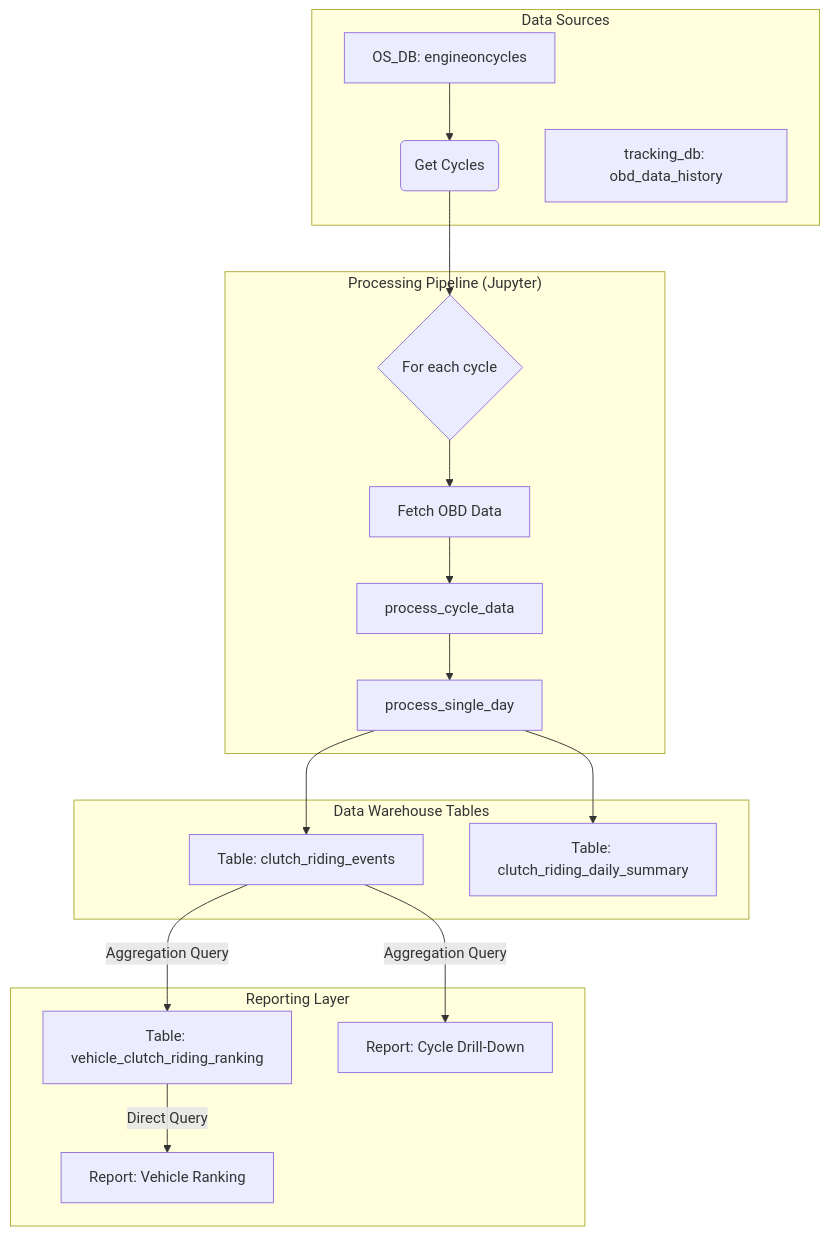
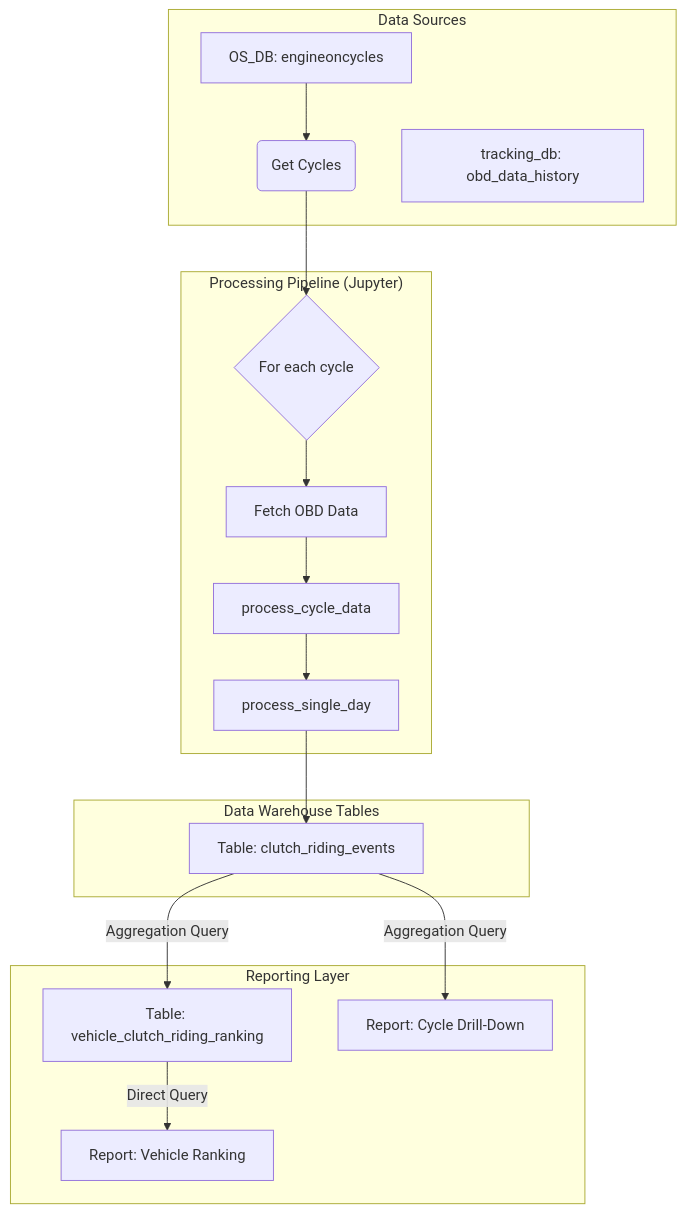
One commit to walterbrown17/clutch_riding changed the first of 2 diagrams in SIMPLE_PRD.md. Above: the diagram before and after it, drawn with Mermaid. The commit also changed other lines of this file, not shown here.

````diff
--- a/SIMPLE_PRD.md
+++ b/SIMPLE_PRD.md
@@ -40,25 +40,24 @@
 ```mermaid
 graph TD
     subgraph "Data Sources"
         A[OS_DB: engineoncycles] --> B;
         C[tracking_db: obd_data_history];
     end
 
     subgraph "Processing Pipeline (Jupyter)"
         B(Get Cycles) --> E{For each cycle};
         E --> F[Fetch OBD Data];
         F --> G[process_cycle_data];
         G --> H[process_single_day];
     end
     
     subgraph "Data Warehouse Tables"
         H --> I[Table: clutch_riding_events];
-        H --> J[Table: clutch_riding_daily_summary];
     end
 
     subgraph "Reporting Layer"
         I -- Aggregation Query --> K[Table: vehicle_clutch_riding_ranking];
         I -- Aggregation Query --> L[Report: Cycle Drill-Down];
         K -- Direct Query --> M[Report: Vehicle Ranking];
     end
 ```
````
